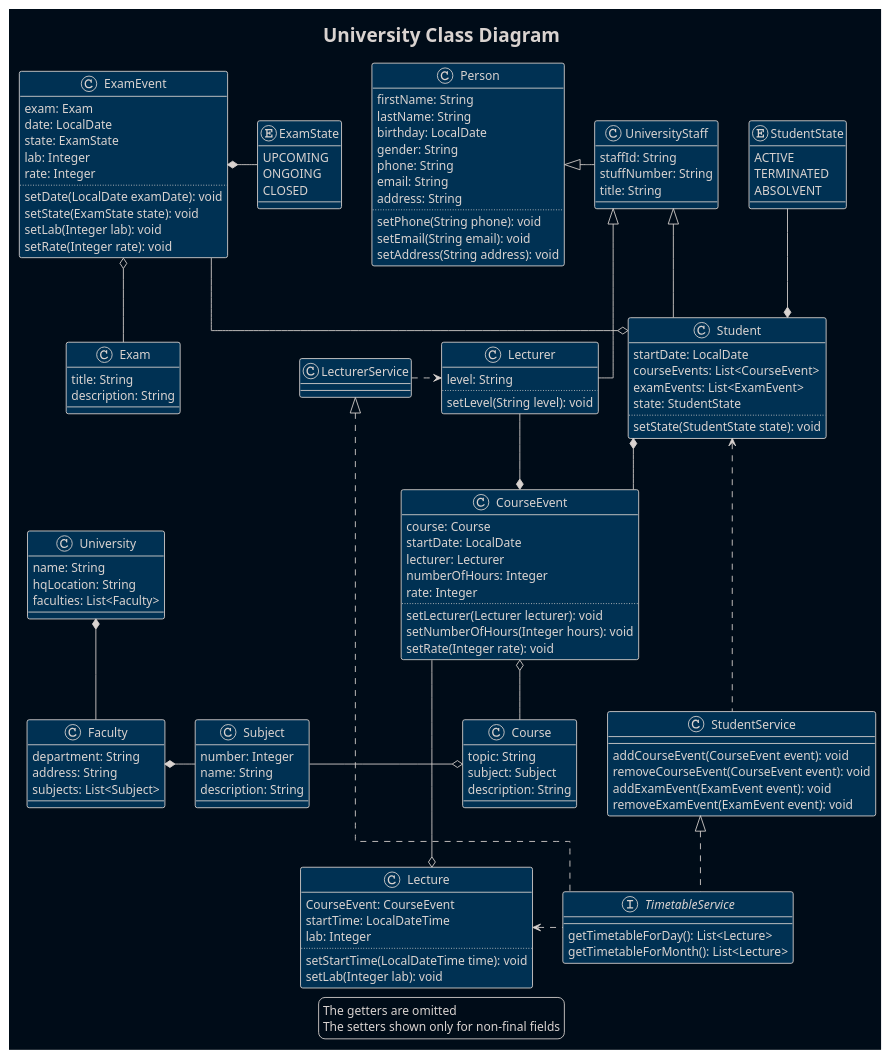
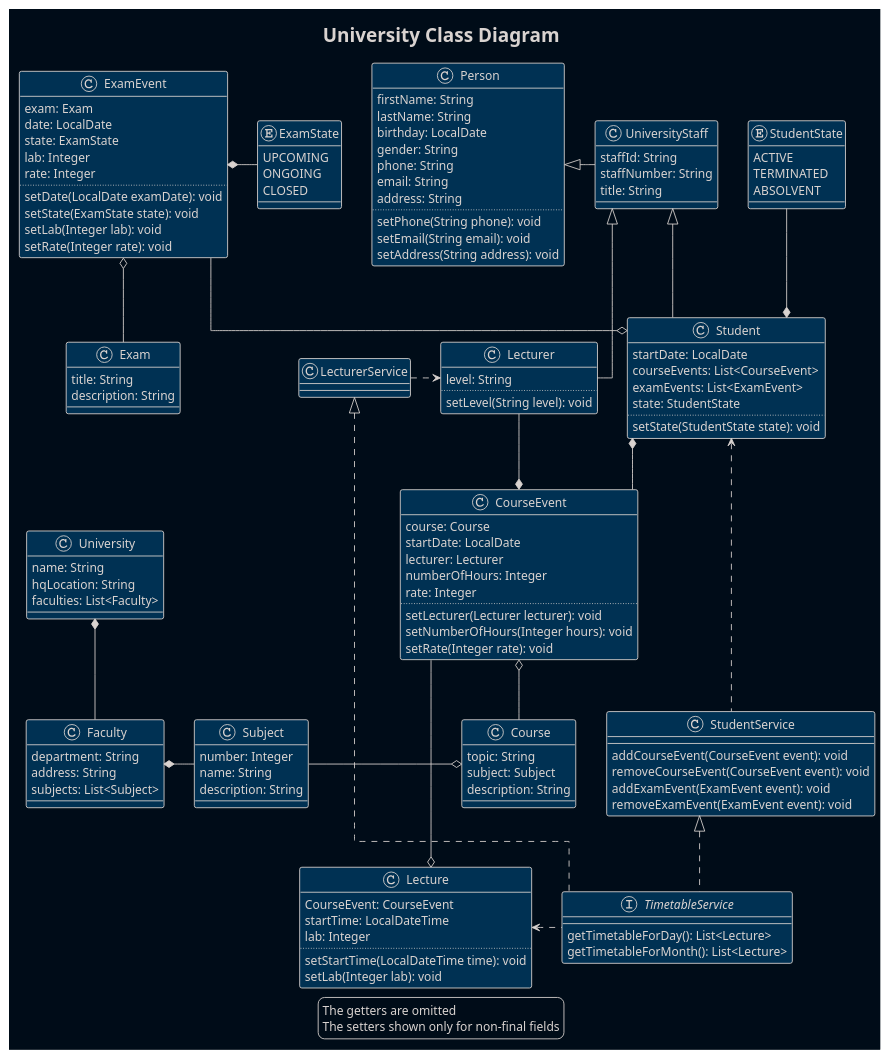
One commit to RomaEcho/University changed the diagram in src/main/resources/diagrams/University.puml. Above: the diagram before and after it, drawn with PlantUML. The commit also changed 18 other files, not shown here.

```diff
--- a/src/main/resources/diagrams/University.puml
+++ b/src/main/resources/diagrams/University.puml
@@ -1,142 +1,142 @@
 @startuml
 '!theme plain
 !theme blueprint
 skinparam BackgroundColor #000c18
 'skinparam ClassBackgroundColor #000c18
 skinparam linetype ortho
 
 title University Class Diagram
 class Person{
     firstName: String
     lastName: String
     birthday: LocalDate
     gender: String
     phone: String
     email: String
     address: String
     ..
     setPhone(String phone): void
     setEmail(String email): void
     setAddress(String address): void
 }
 class Student{
     startDate: LocalDate
     courseEvents: List<CourseEvent>
     examEvents: List<ExamEvent>
     state: StudentState
     ..
     setState(StudentState state): void
 }
 enum StudentState{
     ACTIVE
     TERMINATED
     ABSOLVENT
 }
 class UniversityStaff{
     staffId: String
-    stuffNumber: String
+    staffNumber: String
     title: String
 }
 class Subject{
     number: Integer
     name: String
     description: String
 }
 class Course{
     topic: String
     subject: Subject
     description: String
 }
 class CourseEvent{
     course: Course
     startDate: LocalDate
     lecturer: Lecturer
     numberOfHours: Integer
     rate: Integer
     ..
     setLecturer(Lecturer lecturer): void
     setNumberOfHours(Integer hours): void
     setRate(Integer rate): void
 }
 class Lecturer{
     level: String
     ..
     setLevel(String level): void
 }
 class Exam{
     title: String
     description: String
 }
 class ExamEvent{
     exam: Exam
     date: LocalDate
     state: ExamState
     lab: Integer
     rate: Integer
     ..
     setDate(LocalDate examDate): void
     setState(ExamState state): void
     setLab(Integer lab): void
     setRate(Integer rate): void
 }
 enum ExamState{
     UPCOMING
     ONGOING
     CLOSED
 }
 class Faculty{
     department: String
     address: String
     subjects: List<Subject>
 }
 class University {
     name: String
     hqLocation: String
     faculties: List<Faculty>
 }
 class Lecture{
     CourseEvent: CourseEvent
     startTime: LocalDateTime
     lab: Integer
     ..
     setStartTime(LocalDateTime time): void
     setLab(Integer lab): void
 }
 interface TimetableService{
     getTimetableForDay(): List<Lecture>
     getTimetableForMonth(): List<Lecture>
 }
 class StudentService {
     addCourseEvent(CourseEvent event): void
     removeCourseEvent(CourseEvent event): void
     addExamEvent(ExamEvent event): void
     removeExamEvent(ExamEvent event): void
 }
 class LecturerService
 
 Person <|-right- UniversityStaff
 UniversityStaff <|-- Student
 UniversityStaff <|-- Lecturer
 Student *-up- StudentState
 Student *-- CourseEvent
 CourseEvent *-up- Lecturer
 Student o-up- ExamEvent
 ExamEvent o-- Exam
 ExamEvent *-right- ExamState
 CourseEvent o-- Course
 Course o-left- Subject
 Faculty *- Subject
 University *-- Faculty
 Student <... StudentService
 StudentService <|.. TimetableService
 LecturerService <|.. TimetableService
 LecturerService .> Lecturer
 TimetableService .left.> Lecture
 CourseEvent --o Lecture
 
 legend
     The getters are omitted
     The setters shown only for non-final fields
 endlegend
 
 @enduml
```
